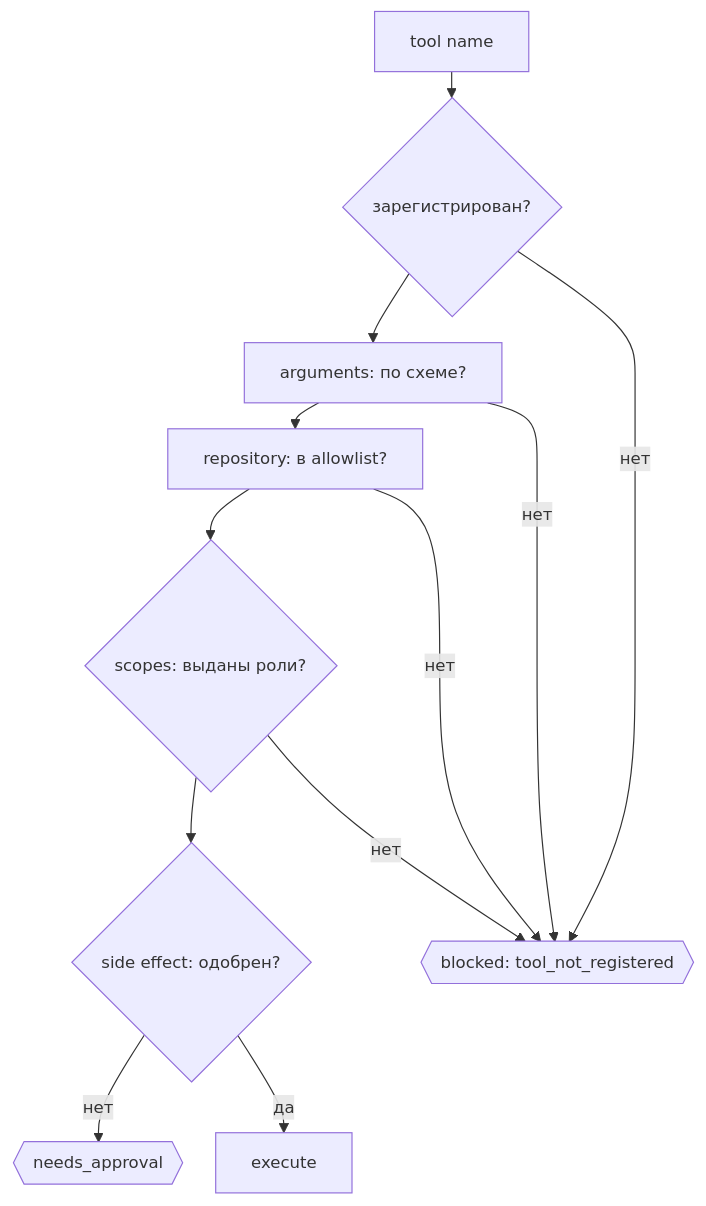
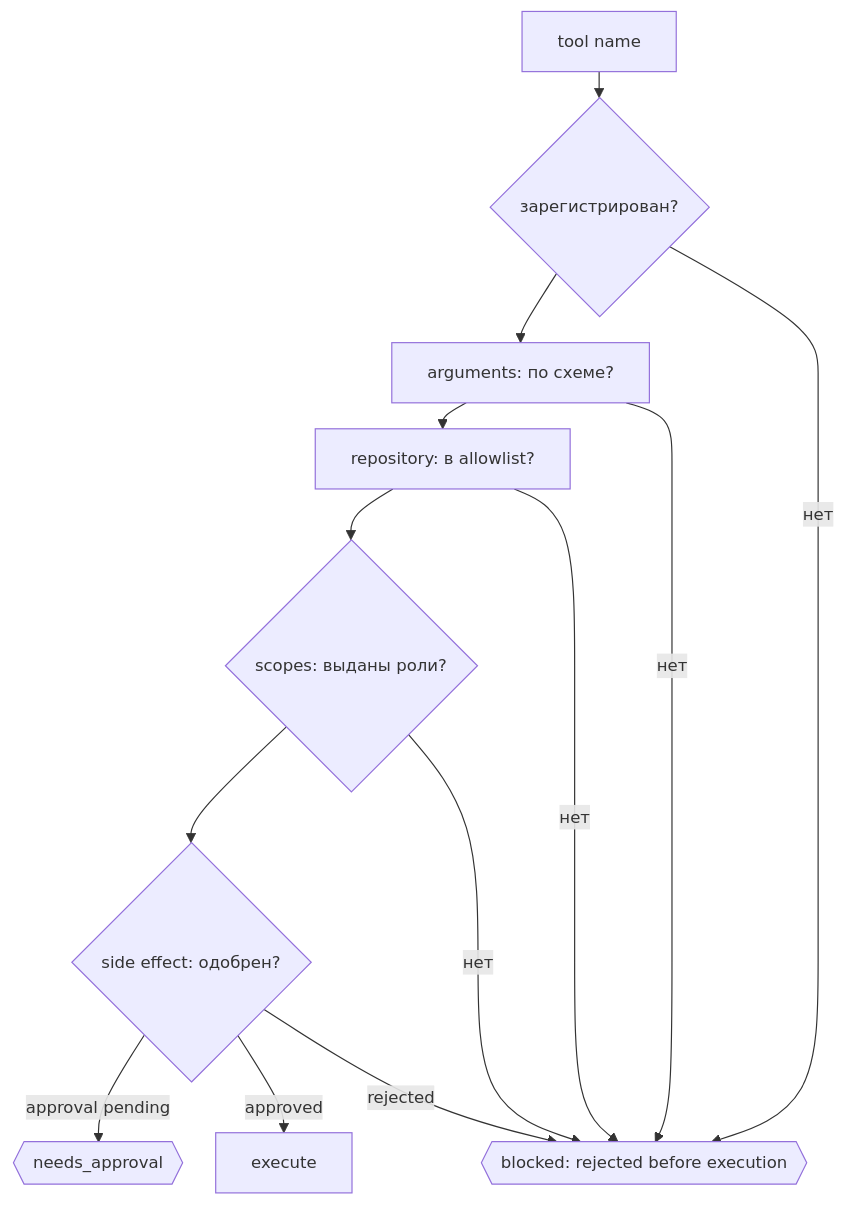
Before and after one commit to ertaipit-web/python-agent-workflow-course: the second of 2 diagrams in docs/integration-lab.md, drawn with Mermaid. The commit also changed other lines of this file and 11 other files, not shown here.

````diff
--- a/docs/integration-lab.md
+++ b/docs/integration-lab.md
@@ -56,11 +56,12 @@
 ```mermaid
 %%{init: {"flowchart": {"useMaxWidth": false, "nodeSpacing": 28, "rankSpacing": 22, "wrappingWidth": 460}, "themeVariables": {"fontSize": "14px"}}}%%
 flowchart TD
   T["tool name"] --> Q1{"зарегистрирован?"} --> A["arguments: по схеме?"] --> R["repository: в allowlist?"] --> S{"scopes: выданы роли?"} --> SE{"side effect: одобрен?"}
-  Q1 -- нет --> X{{"blocked: tool_not_registered"}}
+  Q1 -- нет --> X{{"blocked: rejected before execution"}}
   A -- нет --> X
   R -- нет --> X
   S -- нет --> X
-  SE -- нет --> Y{{"needs_approval"}}
-  SE -- да --> EX["execute"]
+  SE -- approval pending --> Y{{"needs_approval"}}
+  SE -- rejected --> X
+  SE -- approved --> EX["execute"]
 ```
````
